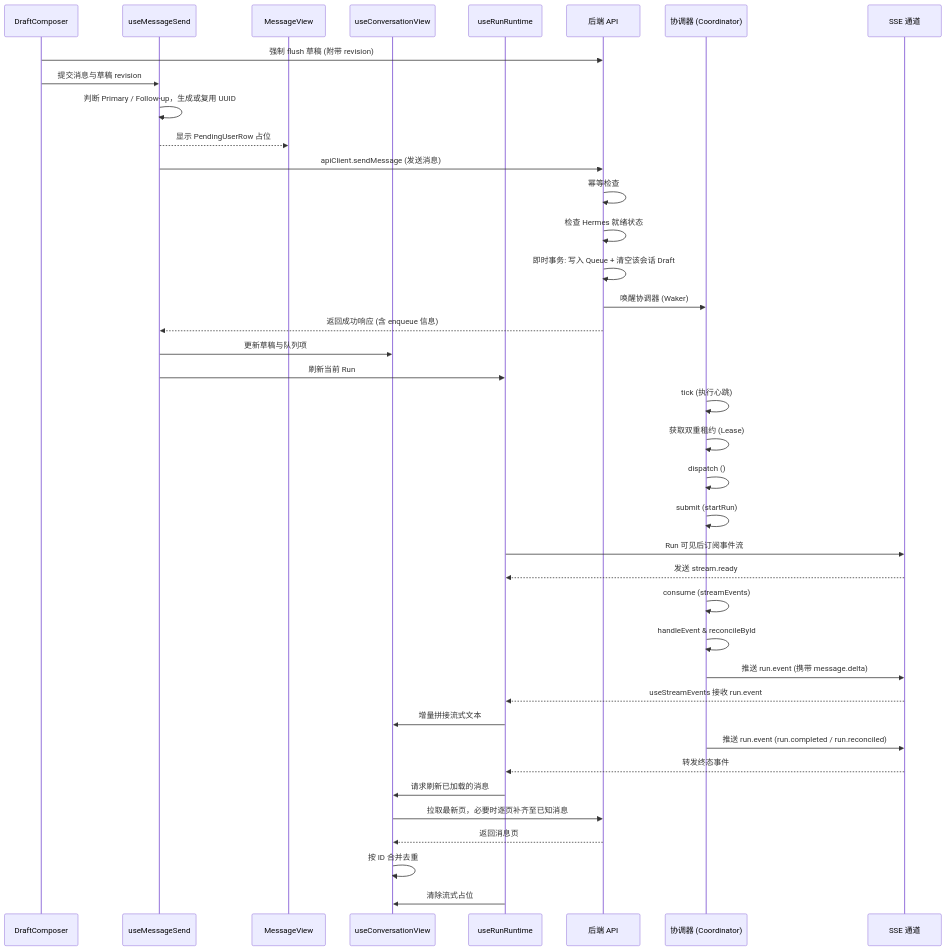
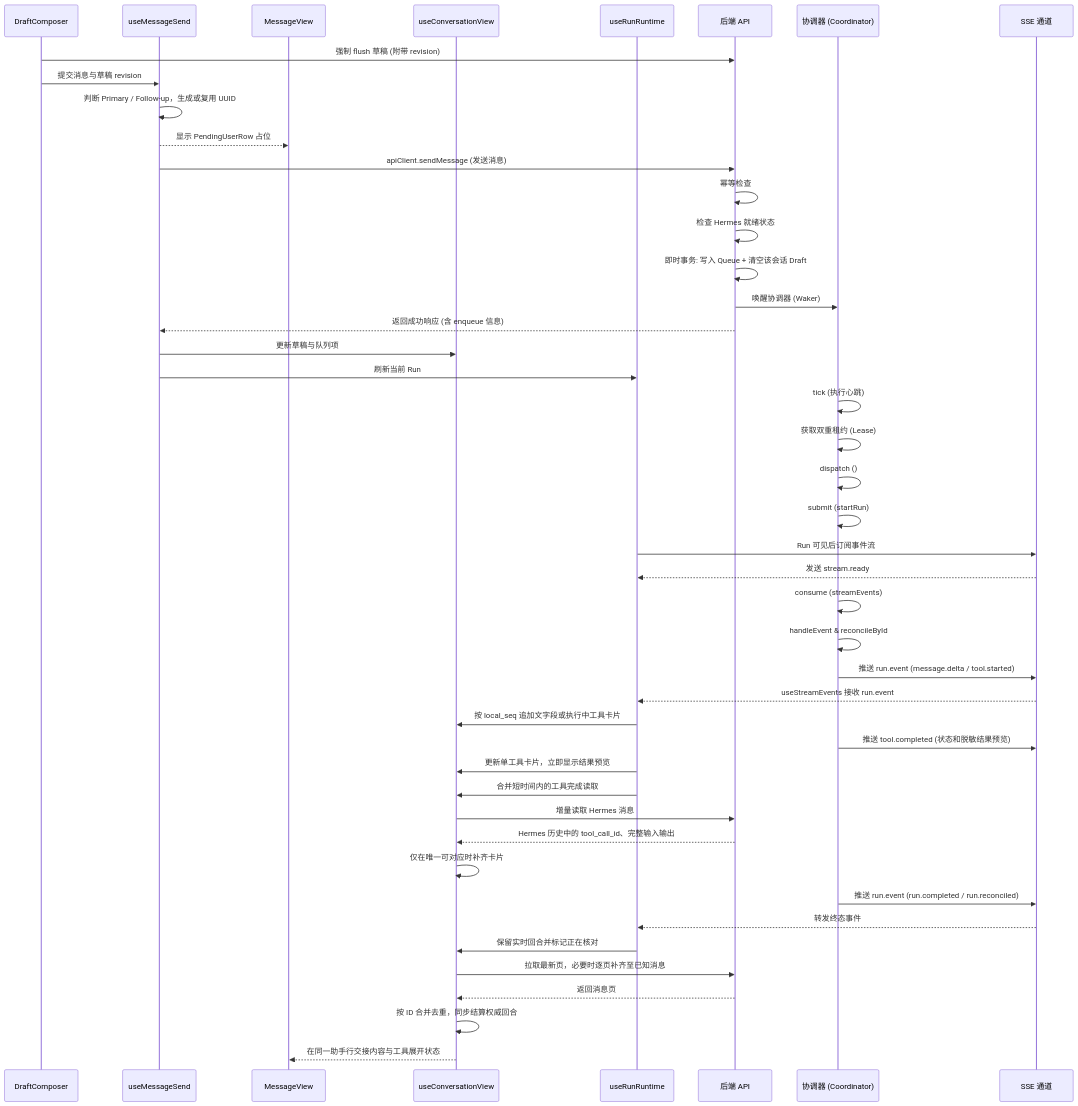
Before and after one commit to ermu03/emu-chat: the first of 7 diagrams in docs/07-data-flow.md, drawn with Mermaid. The commit also changed other lines of this file and 19 other files, not shown here.

Commit message:
feat(client): stream tool progress and stabilize run handoff.

````diff
--- a/docs/07-data-flow.md
+++ b/docs/07-data-flow.md
@@ -9,45 +9,51 @@
 ```mermaid
 sequenceDiagram
     participant Composer as DraftComposer
     participant Send as useMessageSend
     participant Messages as MessageView
     participant View as useConversationView
     participant Runtime as useRunRuntime
     participant API as 后端 API
     participant Coord as 协调器 (Coordinator)
     participant SSE as SSE 通道
 
     Composer->>API: 强制 flush 草稿 (附带 revision)
     Composer->>Send: 提交消息与草稿 revision
     Send->>Send: 判断 Primary / Follow-up，生成或复用 UUID
     Send-->>Messages: 显示 PendingUserRow 占位
     Send->>API: apiClient.sendMessage (发送消息)
     
     API->>API: 幂等检查
     API->>API: 检查 Hermes 就绪状态
     API->>API: 即时事务: 写入 Queue + 清空该会话 Draft
     API->>Coord: 唤醒协调器 (Waker)
     API-->>Send: 返回成功响应 (含 enqueue 信息)
     Send->>View: 更新草稿与队列项
     Send->>Runtime: 刷新当前 Run
 
     Coord->>Coord: tick (执行心跳)
     Coord->>Coord: 获取双重租约 (Lease)
     Coord->>Coord: dispatch ()
     Coord->>Coord: submit (startRun)
     Runtime->>SSE: Run 可见后订阅事件流
     SSE-->>Runtime: 发送 stream.ready
     Coord->>Coord: consume (streamEvents)
     Coord->>Coord: handleEvent & reconcileById
 
-    Coord->>SSE: 推送 run.event (携带 message.delta)
+    Coord->>SSE: 推送 run.event (message.delta / tool.started)
     SSE-->>Runtime: useStreamEvents 接收 run.event
-    Runtime->>View: 增量拼接流式文本
+    Runtime->>View: 按 local_seq 追加文字段或执行中工具卡片
+    Coord->>SSE: 推送 tool.completed (状态和脱敏结果预览)
+    Runtime->>View: 更新单工具卡片，立即显示结果预览
+    Runtime->>View: 合并短时间内的工具完成读取
+    View->>API: 增量读取 Hermes 消息
+    API-->>View: Hermes 历史中的 tool_call_id、完整输入输出
+    View->>View: 仅在唯一可对应时补齐卡片
     Coord->>SSE: 推送 run.event (run.completed / run.reconciled)
     SSE-->>Runtime: 转发终态事件
-    Runtime->>View: 请求刷新已加载的消息
+    Runtime->>View: 保留实时回合并标记正在核对
     View->>API: 拉取最新页，必要时逐页补齐至已知消息
     API-->>View: 返回消息页
-    View->>View: 按 ID 合并去重
-    Runtime->>View: 清除流式占位
+    View->>View: 按 ID 合并去重，同步结算权威回合
+    View-->>Messages: 在同一助手行交接内容与工具展开状态
 ```
````
